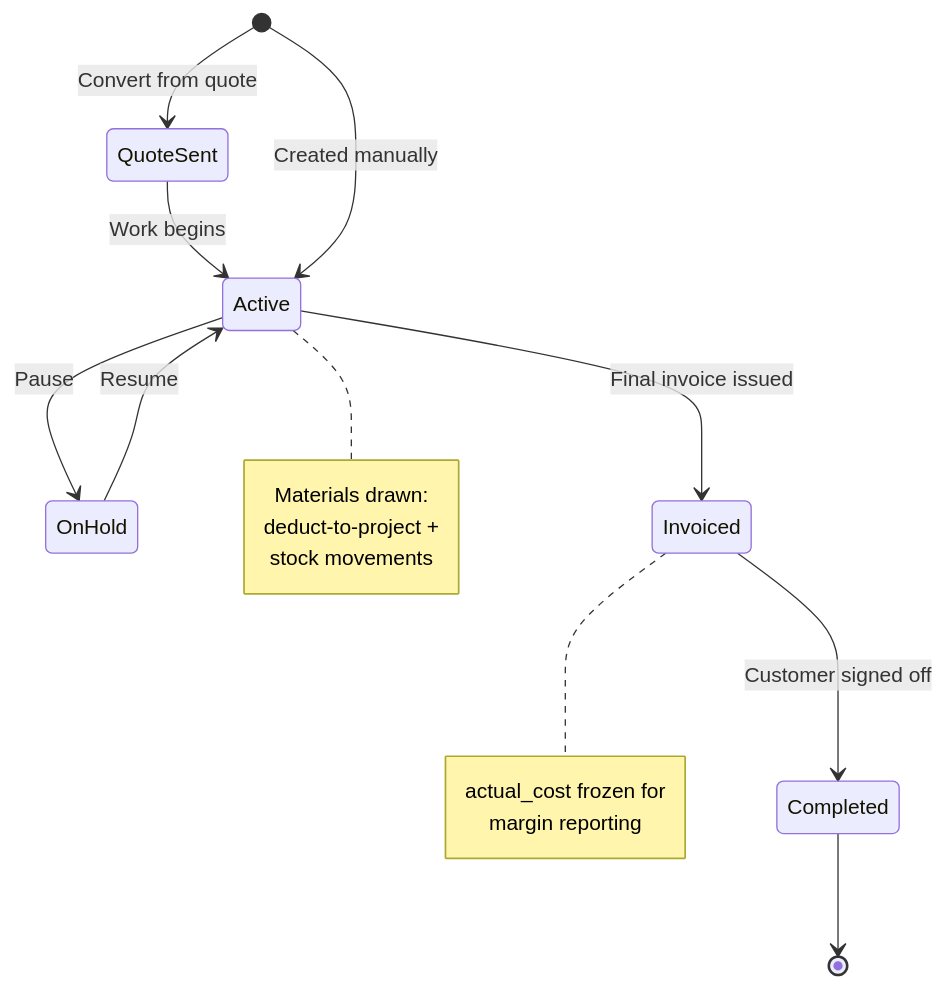
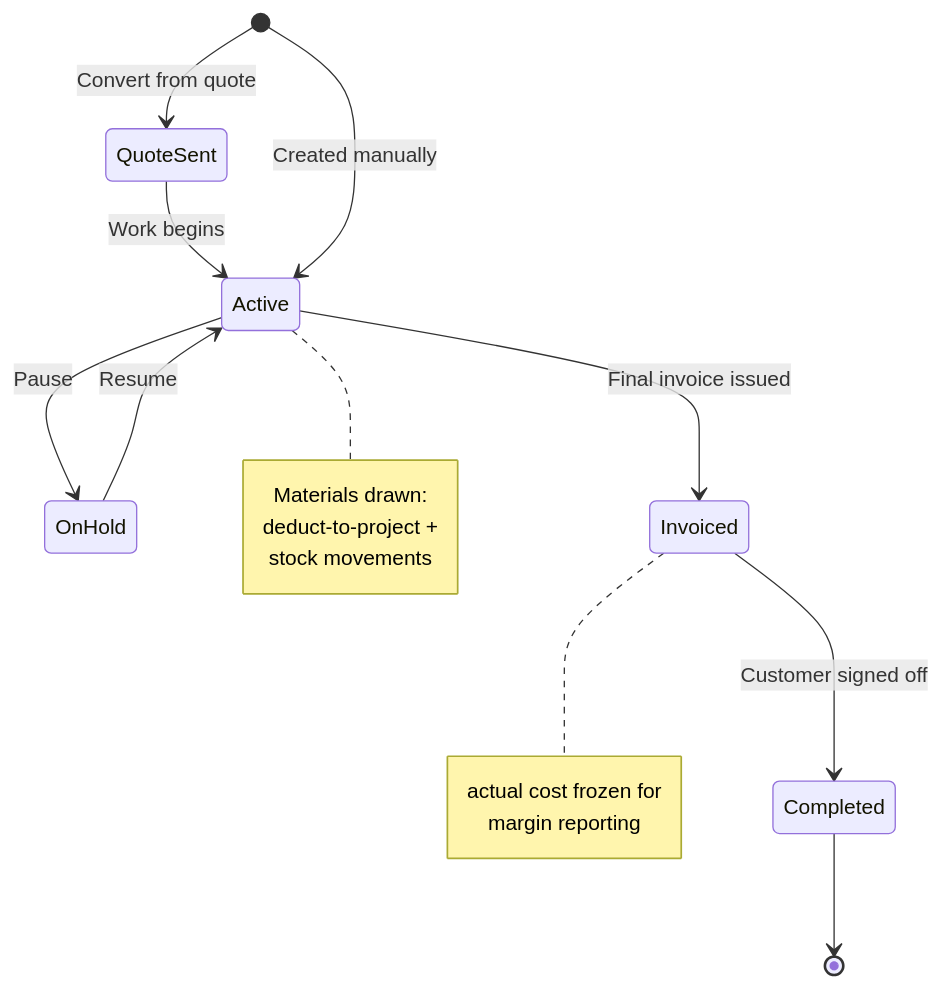
The diagram in docs/manual/docs/sales/projects.md (quilit-dev/quilit-erp), drawn with Mermaid before and after one commit. The commit also changed other lines of this file and 58 other files, not shown here.

````diff
--- a/docs/manual/docs/sales/projects.md
+++ b/docs/manual/docs/sales/projects.md
@@ -146,22 +146,22 @@
 ```mermaid
 stateDiagram-v2
     [*] --> QuoteSent : Convert from quote
     QuoteSent --> Active : Work begins
     [*] --> Active : Created manually
     Active --> OnHold : Pause
     OnHold --> Active : Resume
     Active --> Invoiced : Final invoice issued
     Invoiced --> Completed : Customer signed off
     Completed --> [*]
 
     note right of Active
         Materials drawn:
         deduct-to-project +
         stock movements
     end note
 
     note right of Invoiced
-        actual_cost frozen for
+        actual cost frozen for
         margin reporting
     end note
 ```
````
